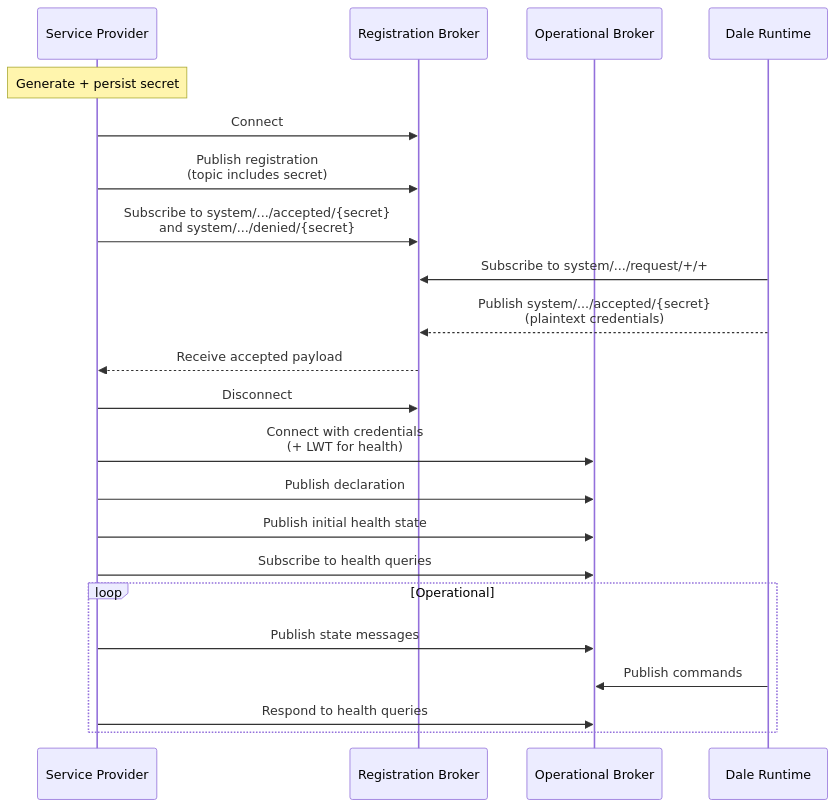
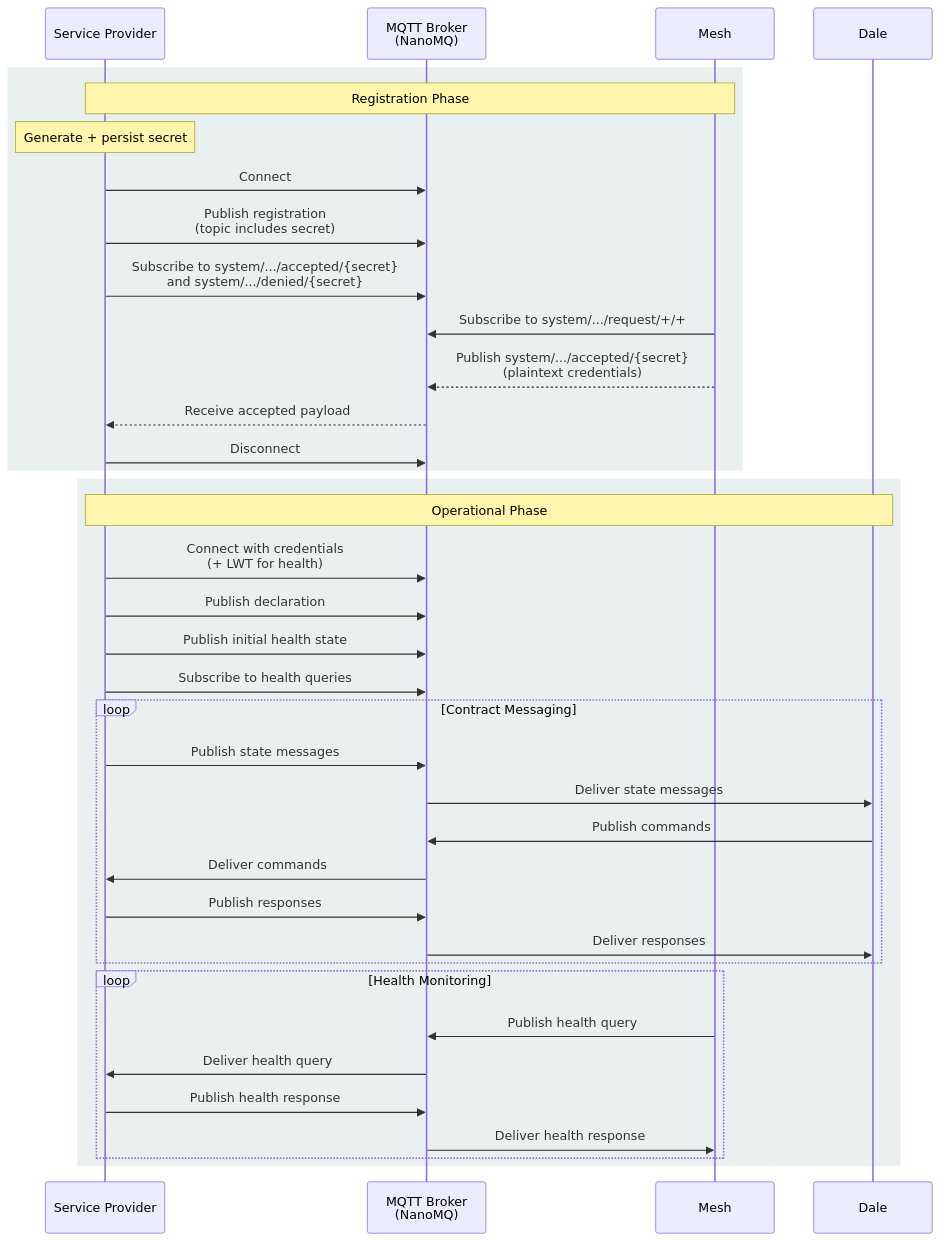
Before and after one commit to VION-IoT/documentation: the second of 2 diagrams in docs/sdk/service-provider-protocol.md, drawn with Mermaid. The commit also changed other lines of this file, not shown here.

Commit message:
Fix service provider protocol: lifecycle diagram, topics, and details
- Lifecycle diagram: single broker (NanoMQ), Mesh for registration/health,
  Dale for contract messaging, response arrows, two distinct operational loops
- Registration message: retain set to false
- Replace {inst} and {spId} abbreviations with full identifiers
- Add wildcard + single-level wildcard ACL requirement for registration

````diff
--- a/docs/sdk/service-provider-protocol.md
+++ b/docs/sdk/service-provider-protocol.md
@@ -309,27 +309,43 @@
 ```mermaid
 sequenceDiagram
     participant SP as Service Provider
-    participant RB as Registration Broker
-    participant OB as Operational Broker
-    participant DR as Dale Runtime
+    participant B as MQTT Broker<br/>(NanoMQ)
+    participant M as Mesh
+    participant D as Dale
 
+    rect rgb(50, 101, 108, 0.1)
+    Note over SP,M: Registration Phase
     Note over SP: Generate + persist secret
-    SP->>RB: Connect
-    SP->>RB: Publish registration<br/>(topic includes secret)
-    SP->>RB: Subscribe to system/.../accepted/{secret}<br/>and system/.../denied/{secret}
-    DR->>RB: Subscribe to system/.../request/+/+
-    DR-->>RB: Publish system/.../accepted/{secret}<br/>(plaintext credentials)
-    RB-->>SP: Receive accepted payload
-    SP->>RB: Disconnect
+    SP->>B: Connect
+    SP->>B: Publish registration<br/>(topic includes secret)
+    SP->>B: Subscribe to system/.../accepted/{secret}<br/>and system/.../denied/{secret}
+    M->>B: Subscribe to system/.../request/+/+
+    M-->>B: Publish system/.../accepted/{secret}<br/>(plaintext credentials)
+    B-->>SP: Receive accepted payload
+    SP->>B: Disconnect
+    end
 
-    SP->>OB: Connect with credentials<br/>(+ LWT for health)
-    SP->>OB: Publish declaration
-    SP->>OB: Publish initial health state
-    SP->>OB: Subscribe to health queries
+    rect rgb(50, 101, 108, 0.1)
+    Note over SP,D: Operational Phase
+    SP->>B: Connect with credentials<br/>(+ LWT for health)
+    SP->>B: Publish declaration
+    SP->>B: Publish initial health state
+    SP->>B: Subscribe to health queries
 
-    loop Operational
-        SP->>OB: Publish state messages
-        DR->>OB: Publish commands
-        SP->>OB: Respond to health queries
+    loop Contract Messaging
+        SP->>B: Publish state messages
+        B->>D: Deliver state messages
+        D->>B: Publish commands
+        B->>SP: Deliver commands
+        SP->>B: Publish responses
+        B->>D: Deliver responses
+    end
+
+    loop Health Monitoring
+        M->>B: Publish health query
+        B->>SP: Deliver health query
+        SP->>B: Publish health response
+        B->>M: Deliver health response
+    end
     end
 ```
````
